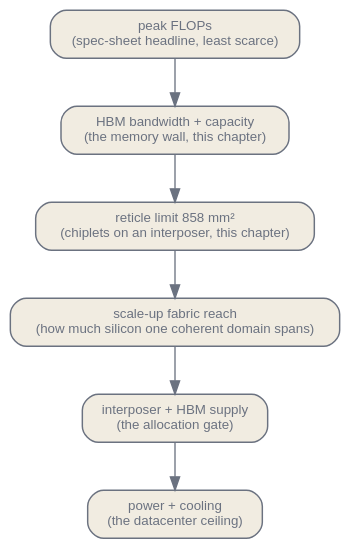
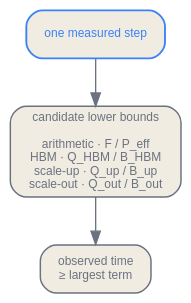
The first of 4 diagrams in en/infrastructure/05-the-compute-frontier.qmd (latere-ai/ai-as-an-infrastructure), drawn with Graphviz before and after one commit. The commit also changed other lines of this file and 3 other files, not shown here.

Commit message:
docs: rewrite the compute frontier

````diff
--- a/en/infrastructure/05-the-compute-frontier.qmd
+++ b/en/infrastructure/05-the-compute-frontier.qmd
@@ -55,18 +72,17 @@
 ```{dot}
-//| label: fig-compute-frontier-walls
-//| fig-cap: "The frontier as a stack of ceilings, each binding at a different tier. The spec sheet's FLOPs sits at the bottom and is the least scarce; bytes, package area, fabric reach, and megawatts bind above it. Each later chapter of this part follows one of these ceilings."
-digraph {
+//| label: fig-compute-frontier-bounds
+//| fig-cap: "A step can meet several independent ceilings. The binding term changes with the workload, placement, and measured traffic; overhead and non-overlap can only increase observed time."
+digraph bounds {
+  rankdir=TB;
   bgcolor="transparent";
-  rankdir=TB;
-  nodesep=0.4; ranksep=0.5;
-  node [shape=box, style="rounded,filled", fontname="Helvetica", fontsize=10, color="#6b7280", fontcolor="#6b7280", fillcolor="#f1ece1", penwidth=1.1];
-  edge [fontsize=10, fontname="Helvetica", color="#6b7280", fontcolor="#6b7280"];
-  flops [label="peak FLOPs\n(spec-sheet headline, least scarce)"];
-  hbm [label="HBM bandwidth + capacity\n(the memory wall, this chapter)"];
-  retic [label="reticle limit 858 mm²\n(chiplets on an interposer, this chapter)"];
-  fabric [label="scale-up fabric reach\n(how much silicon one coherent domain spans)"];
-  supply [label="interposer + HBM supply\n(the allocation gate)"];
-  power [label="power + cooling\n(the datacenter ceiling)"];
-  flops -> hbm -> retic -> fabric -> supply -> power;
+  node [shape=box, style="rounded,filled", fontname="Helvetica", fontsize=9,
+        color="#6b7280", fontcolor="#6b7280", fillcolor="#f1ece1", penwidth=1.1];
+  edge [fontname="Helvetica", fontsize=9, color="#6b7280", fontcolor="#6b7280"];
+
+  work [label="one measured step", color="#3b82f6", fontcolor="#3b82f6", penwidth=1.4];
+  terms [label="candidate lower bounds\n\narithmetic · F / P_eff\nHBM · Q_HBM / B_HBM\nscale-up · Q_up / B_up\nscale-out · Q_out / B_out"];
+  observed [label="observed time\n≥ largest term"];
+
+  work -> terms -> observed;
 }
 ```
````
